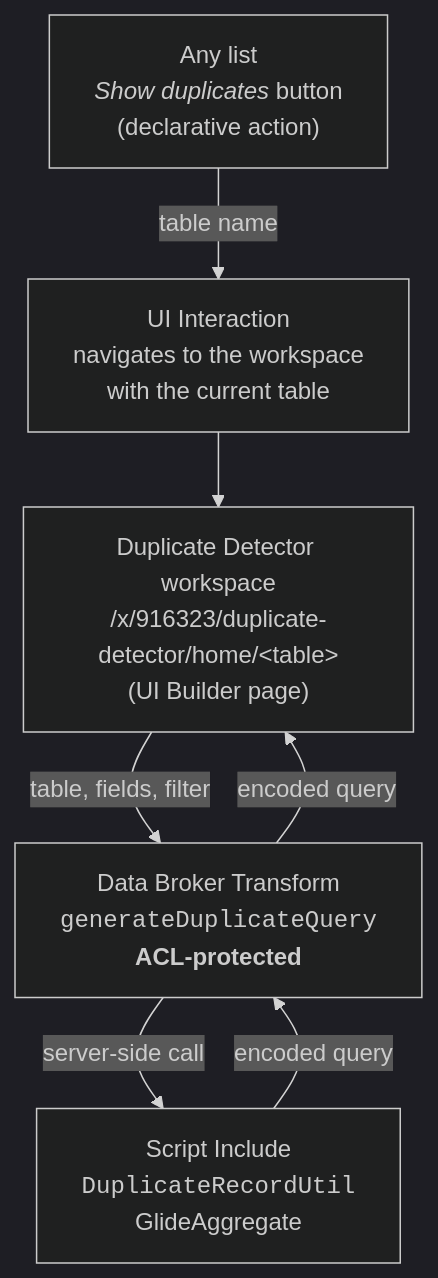
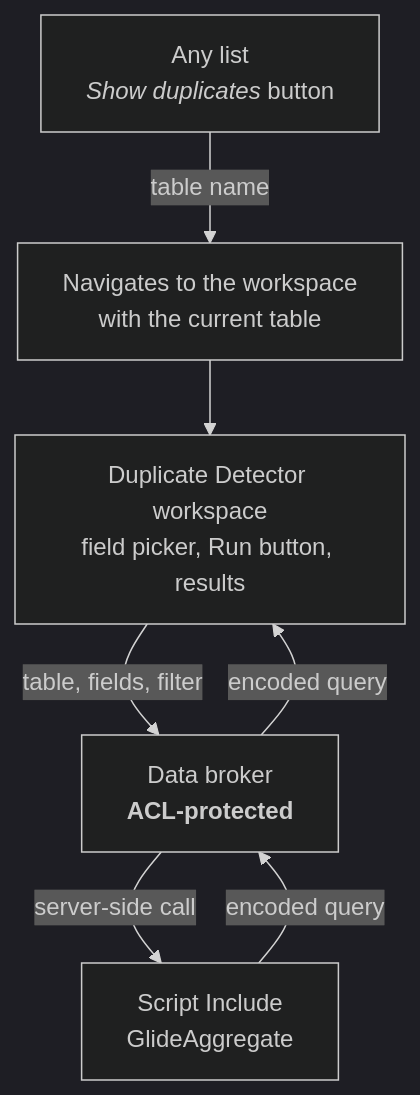
The diagram in README.md (j0hn2608/duplicate-detector-fluent), drawn with Mermaid (dark theme) before and after one commit. The commit also changed other lines of this file, not shown here.

````diff
--- a/README.md
+++ b/README.md
@@ -26,14 +12,14 @@
 ```mermaid
 flowchart TD
-    A["Any list<br/><i>Show duplicates</i> button<br/>(declarative action)"]
-    B["UI Interaction<br/>navigates to the workspace<br/>with the current table"]
-    C["Duplicate Detector workspace<br/>/x/916323/duplicate-detector/home/&lt;table&gt;<br/>(UI Builder page)"]
-    D["Data Broker Transform<br/><code>generateDuplicateQuery</code><br/><b>ACL-protected</b>"]
-    E["Script Include<br/><code>DuplicateRecordUtil</code><br/>GlideAggregate"]
+    A["Any list<br/><i>Show duplicates</i> button"]
+    B["Navigates to the workspace<br/>with the current table"]
+    C["Duplicate Detector workspace<br/>field picker, Run button, results"]
+    D["Data broker<br/><b>ACL-protected</b>"]
+    E["Script Include<br/>GlideAggregate"]
 
     A -->|"table name"| B --> C
     C -->|"table, fields, filter"| D
     D -->|"server-side call"| E
     E -->|"encoded query"| D
     D -->|"encoded query"| C
 ```
````
